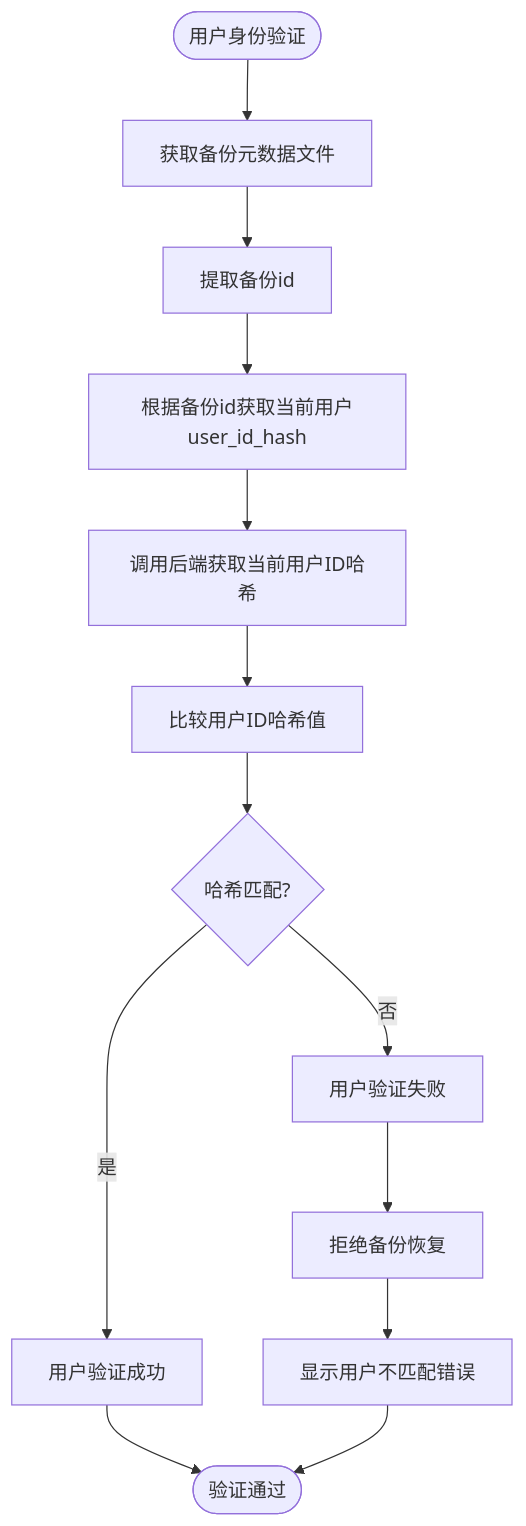
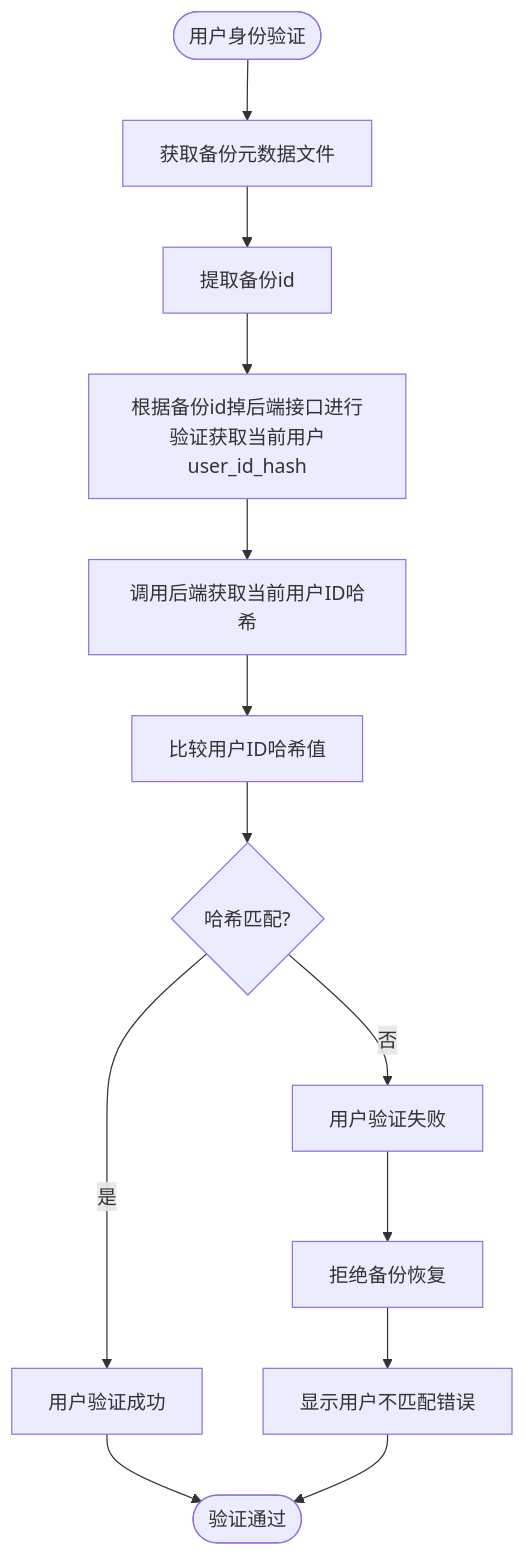
Before and after one commit to yingjianzh/iodraw-files: the diagram in all/未命名-60.md, drawn with Mermaid.

Commit message:
2025-05-15 15:09:10 update

````diff
--- a/all/未命名-60.md
+++ b/all/未命名-60.md
@@ -1,21 +1,21 @@
 ```mermaid
 
 flowchart TD
     Start([用户身份验证]) --> DecryptMetadata[获取备份元数据文件]
     DecryptMetadata --> ExtractUserHash[提取备份id]
-    ExtractUserHash --> GetCurrentUser[根据备份id获取当前用户user_id_hash]
+    ExtractUserHash --> GetCurrentUser[根据备份id掉后端接口进行验证获取当前用户user_id_hash]
     
     GetCurrentUser --> HashCurrentUser[调用后端获取当前用户ID哈希]
     HashCurrentUser --> CompareHashes[比较用户ID哈希值]
     
     CompareHashes --> HashMatch{哈希匹配?}
     HashMatch -->|是| VerifySuccess[用户验证成功]
     HashMatch -->|否| VerifyFailure[用户验证失败]
     
     VerifySuccess --> End([验证通过])
     VerifyFailure --> RejectBackup[拒绝备份恢复]
     RejectBackup --> ShowUserError[显示用户不匹配错误]
     
     ShowUserError --> End
 
 ```
````
